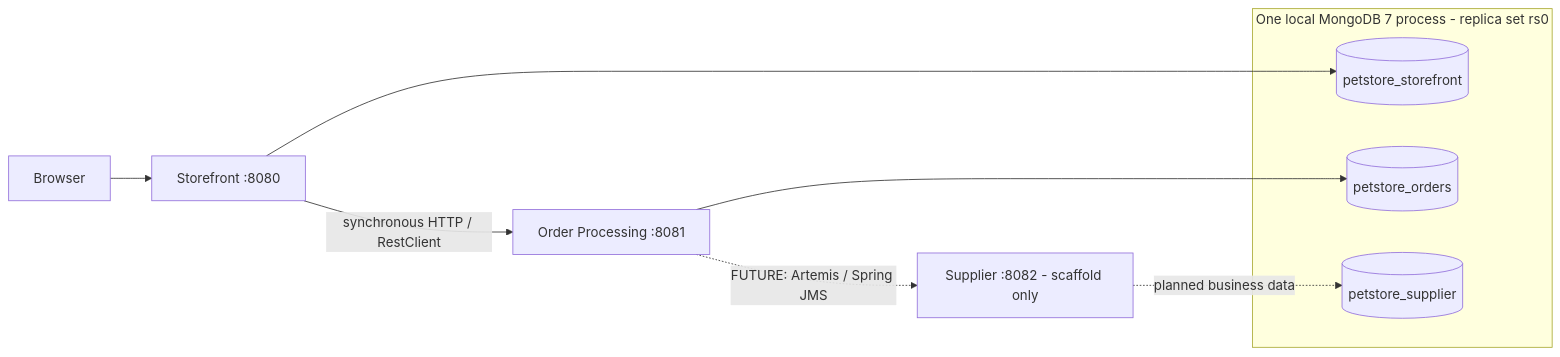
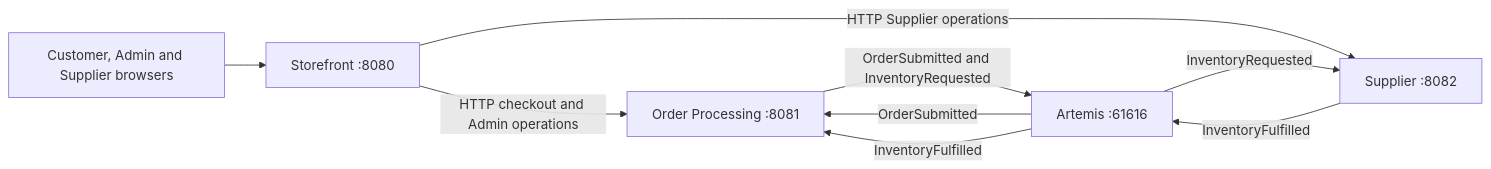
One commit to the-sagar/petstore-modernized changed the diagram in README.md. Above: the diagram before and after it, drawn with Mermaid. The commit also changed other lines of this file and 10 other files, not shown here.

````diff
--- a/README.md
+++ b/README.md
@@ -17,14 +13,11 @@
 ```mermaid
 flowchart LR
-    B[Browser] --> S[Storefront :8080]
-    S -->|synchronous HTTP / RestClient| O[Order Processing :8081]
-    S --> SD[(petstore_storefront)]
-    O --> OD[(petstore_orders)]
-    O -.->|FUTURE: Artemis / Spring JMS| P[Supplier :8082 - scaffold only]
-    P -.->|planned business data| PD[(petstore_supplier)]
-    subgraph Mongo[One local MongoDB 7 process - replica set rs0]
-        SD
-        OD
-        PD
-    end
+    B[Customer, Admin and Supplier browsers] --> S[Storefront :8080]
+    S -->|HTTP checkout and Admin operations| O[Order Processing :8081]
+    S -->|HTTP Supplier operations| P[Supplier :8082]
+    O -->|OrderSubmitted and InventoryRequested| A[Artemis :61616]
+    A -->|OrderSubmitted| O
+    A -->|InventoryRequested| P
+    P -->|InventoryFulfilled| A
+    A -->|InventoryFulfilled| O
 ```
````
